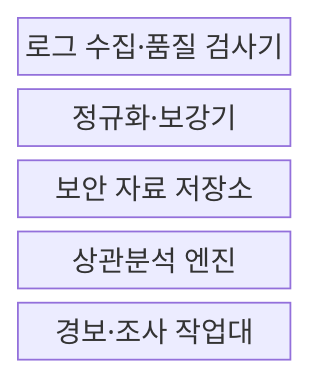
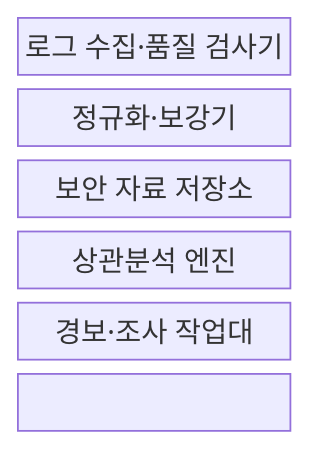
Before and after one commit to agnusdei1207/knowledge-base: the first of 2 diagrams in src/content/docs/notes/04-network/093_siem_security_information_event_management.md, drawn with Mermaid. The commit also changed other lines of this file and 122 other files, not shown here.

````diff
--- a/src/content/docs/notes/04-network/093_siem_security_information_event_management.md
+++ b/src/content/docs/notes/04-network/093_siem_security_information_event_management.md
@@ -54,9 +54,11 @@
 ```mermaid
 block-beta
     columns 1
     INGEST["로그 수집·품질 검사기"]
     NORMALIZER["정규화·보강기"]
     STORE["보안 자료 저장소"]
     ANALYTICS["상관분석 엔진"]
     WORKBENCH["경보·조사 작업대"]
+    INGEST --- NORMALIZER --- STORE
+    STORE --- ANALYTICS --- WORKBENCH
 ```
````
